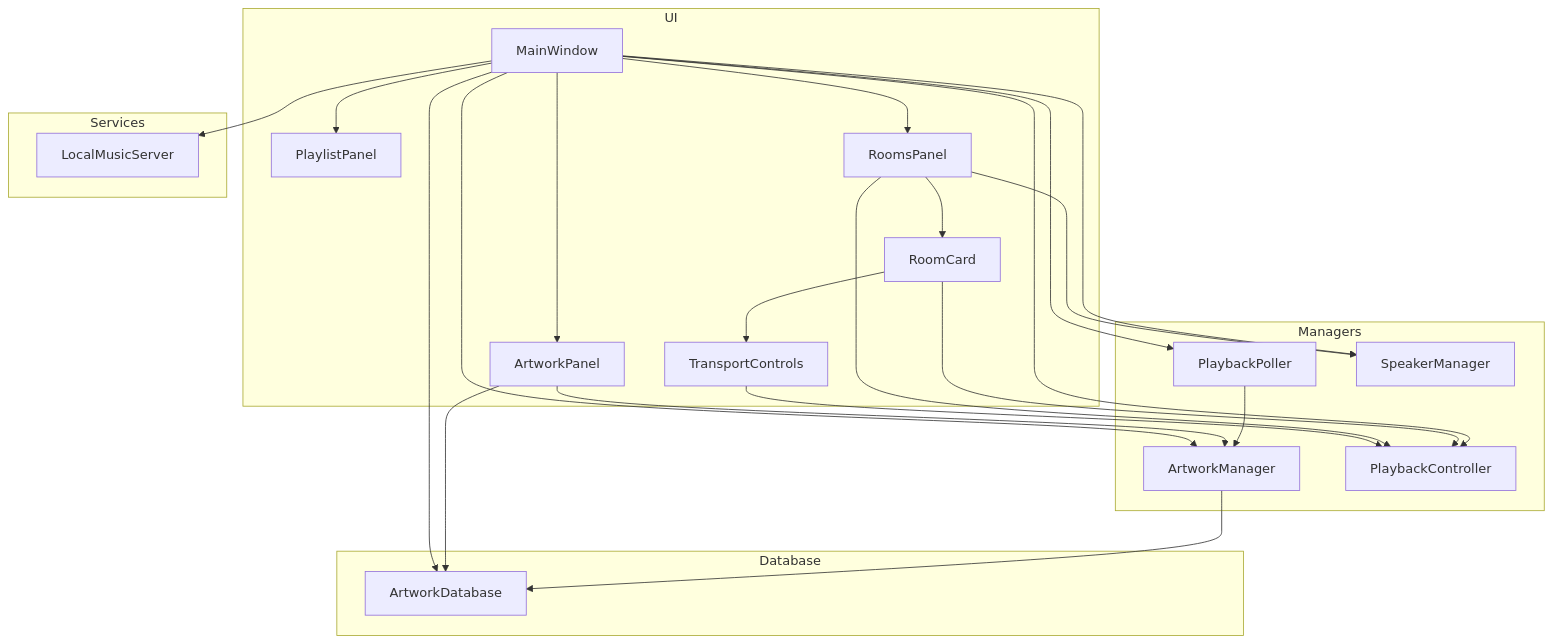
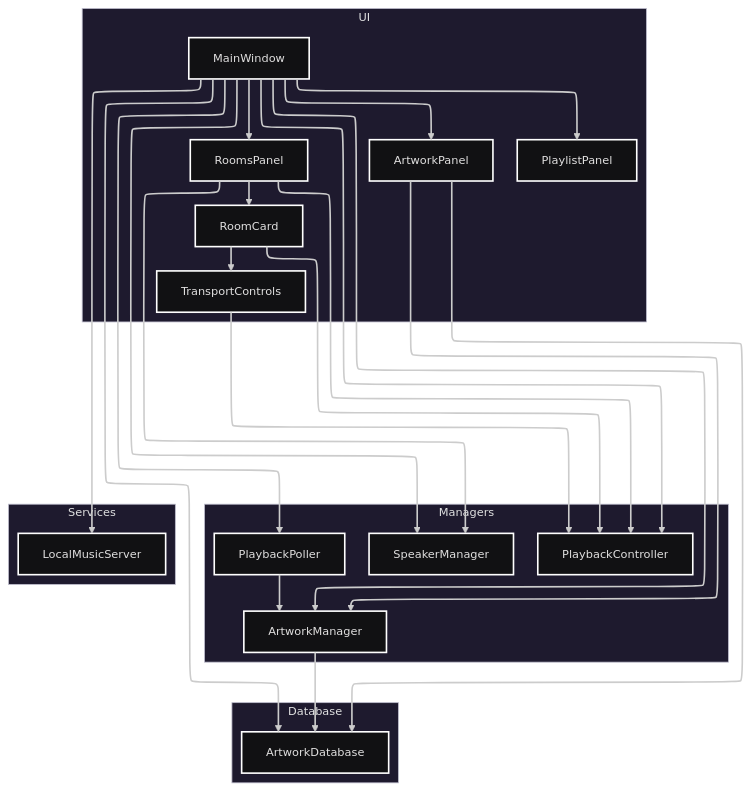
The first of 5 diagrams in docs/architecture.md (SpikeyMikie/Sonos_Rescue), drawn with Mermaid before and after one commit. The commit also changed other lines of this file and 7 other files, not shown here.

First line of the commit message:
docs: configure themes and layouts for each diagram

````diff
--- a/docs/architecture.md
+++ b/docs/architecture.md
@@ -77,47 +77,52 @@
 ```mermaid
+---
+config:
+    layout: elk
+    theme: redux-dark-color
+---
 flowchart TD
 
     subgraph ui["UI"]
         module_sonos__rescue_ui_artwork__panel["ArtworkPanel"]
         module_sonos__rescue_ui_main__window["MainWindow"]
         module_sonos__rescue_ui_playlist__panel["PlaylistPanel"]
         module_sonos__rescue_ui_room__card["RoomCard"]
         module_sonos__rescue_ui_rooms__panel["RoomsPanel"]
         module_sonos__rescue_ui_transport__controls["TransportControls"]
     end
 
     subgraph managers["Managers"]
         module_sonos__rescue_managers_artwork__manager["ArtworkManager"]
         module_sonos__rescue_managers_playback__controller["PlaybackController"]
         module_sonos__rescue_managers_playback__poller["PlaybackPoller"]
         module_sonos__rescue_managers_speaker__manager["SpeakerManager"]
     end
 
     subgraph services["Services"]
         module_sonos__rescue_services_local__music__server["LocalMusicServer"]
     end
 
     subgraph database["Database"]
         module_sonos__rescue_database_database["ArtworkDatabase"]
     end
 
     module_sonos__rescue_managers_artwork__manager --> module_sonos__rescue_database_database
     module_sonos__rescue_managers_playback__poller --> module_sonos__rescue_managers_artwork__manager
     module_sonos__rescue_ui_artwork__panel --> module_sonos__rescue_database_database
     module_sonos__rescue_ui_artwork__panel --> module_sonos__rescue_managers_artwork__manager
     module_sonos__rescue_ui_main__window --> module_sonos__rescue_database_database
     module_sonos__rescue_ui_main__window --> module_sonos__rescue_managers_artwork__manager
     module_sonos__rescue_ui_main__window --> module_sonos__rescue_managers_playback__controller
     module_sonos__rescue_ui_main__window --> module_sonos__rescue_managers_playback__poller
     module_sonos__rescue_ui_main__window --> module_sonos__rescue_managers_speaker__manager
     module_sonos__rescue_ui_main__window --> module_sonos__rescue_services_local__music__server
     module_sonos__rescue_ui_main__window --> module_sonos__rescue_ui_artwork__panel
     module_sonos__rescue_ui_main__window --> module_sonos__rescue_ui_playlist__panel
     module_sonos__rescue_ui_main__window --> module_sonos__rescue_ui_rooms__panel
     module_sonos__rescue_ui_room__card --> module_sonos__rescue_managers_playback__controller
     module_sonos__rescue_ui_room__card --> module_sonos__rescue_ui_transport__controls
     module_sonos__rescue_ui_rooms__panel --> module_sonos__rescue_managers_playback__controller
     module_sonos__rescue_ui_rooms__panel --> module_sonos__rescue_managers_speaker__manager
     module_sonos__rescue_ui_rooms__panel --> module_sonos__rescue_ui_room__card
     module_sonos__rescue_ui_transport__controls --> module_sonos__rescue_managers_playback__controller
 ```
````
